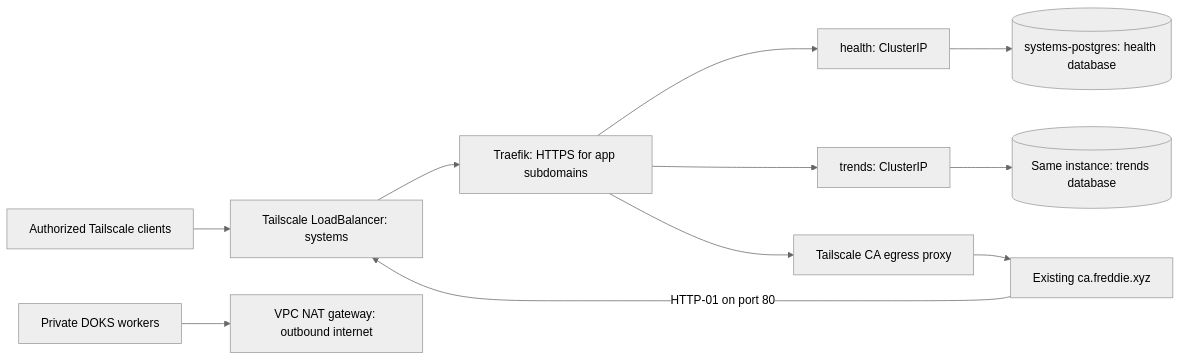
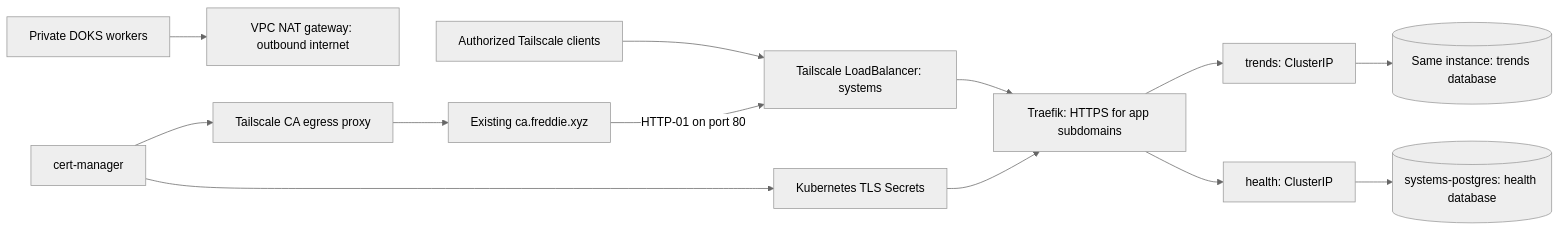
One commit to freddierice/systems-deployment changed the diagram in README.md. Above: the diagram before and after it, drawn with Mermaid (neutral theme). The commit also changed other lines of this file and 35 other files, not shown here.

Commit message:
Deploy PostgreSQL apps from DOCR with Gateway API and cert-manager

````diff
--- a/README.md
+++ b/README.md
@@ -7,13 +7,15 @@
 ```mermaid
 flowchart LR
     U[Authorized Tailscale clients] --> L[Tailscale LoadBalancer: systems]
     L --> C[Traefik: HTTPS for app subdomains]
     C --> H[health: ClusterIP]
     C --> T[trends: ClusterIP]
     H --> P[(systems-postgres: health database)]
     T --> P2[(Same instance: trends database)]
-    C --> E[Tailscale CA egress proxy]
+    CM[cert-manager] --> S[Kubernetes TLS Secrets]
+    S --> C
+    CM --> E[Tailscale CA egress proxy]
     E --> CA[Existing ca.freddie.xyz]
     CA -->|HTTP-01 on port 80| L
     N[Private DOKS workers] --> NAT[VPC NAT gateway: outbound internet]
 ```
````
